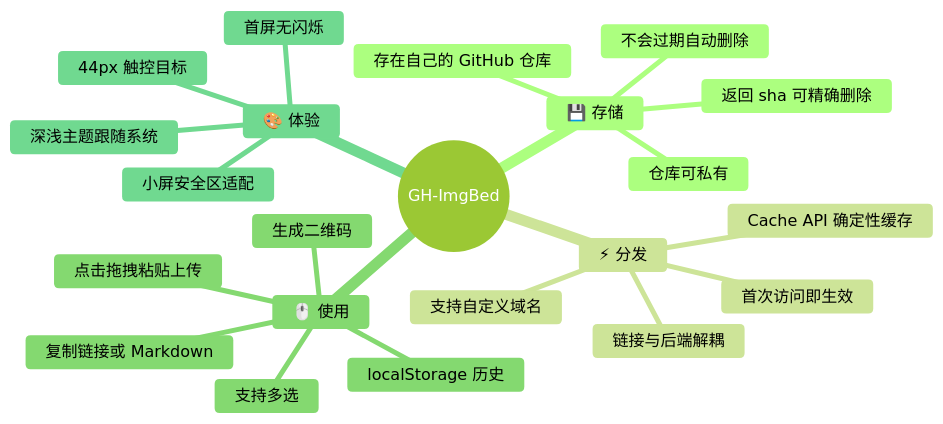
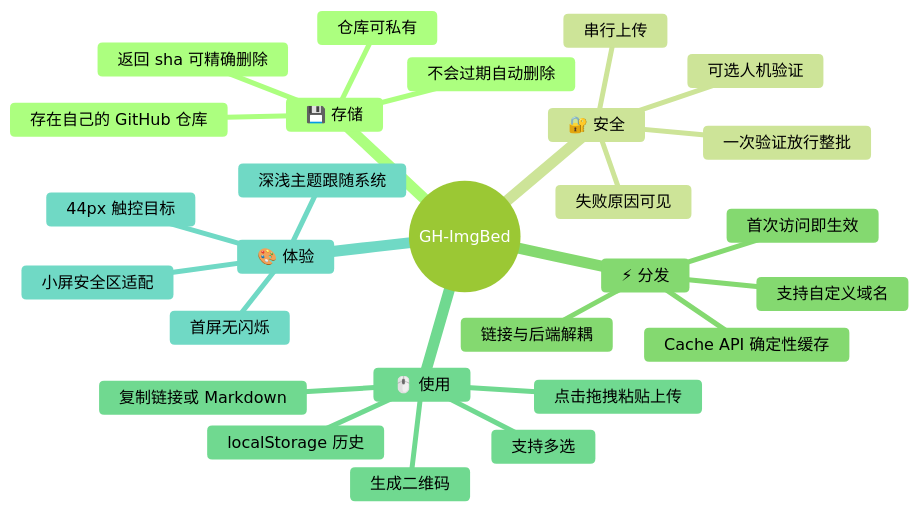
One commit to xingmihai/XMHAI changed the fourth of 5 diagrams in src/content/posts/202610100235.md. Above: the diagram before and after it, drawn with Mermaid (forest theme). The commit also changed other lines of this file and 1 other file, not shown here.

````diff
--- a/src/content/posts/202610100235.md
+++ b/src/content/posts/202610100235.md
@@ -92,25 +93,30 @@
 ```mermaid
 mindmap
   root((GH-ImgBed))
     💾 存储
       存在自己的 GitHub 仓库
       不会过期自动删除
       返回 sha 可精确删除
       仓库可私有
+    🔐 安全
+      可选人机验证
+      一次验证放行整批
+      串行上传
+      失败原因可见
     ⚡ 分发
       Cache API 确定性缓存
       首次访问即生效
       链接与后端解耦
       支持自定义域名
     🖱️ 使用
       点击拖拽粘贴上传
       支持多选
       复制链接或 Markdown
       生成二维码
       localStorage 历史
     🎨 体验
       深浅主题跟随系统
       首屏无闪烁
       小屏安全区适配
       44px 触控目标
 ```
````
